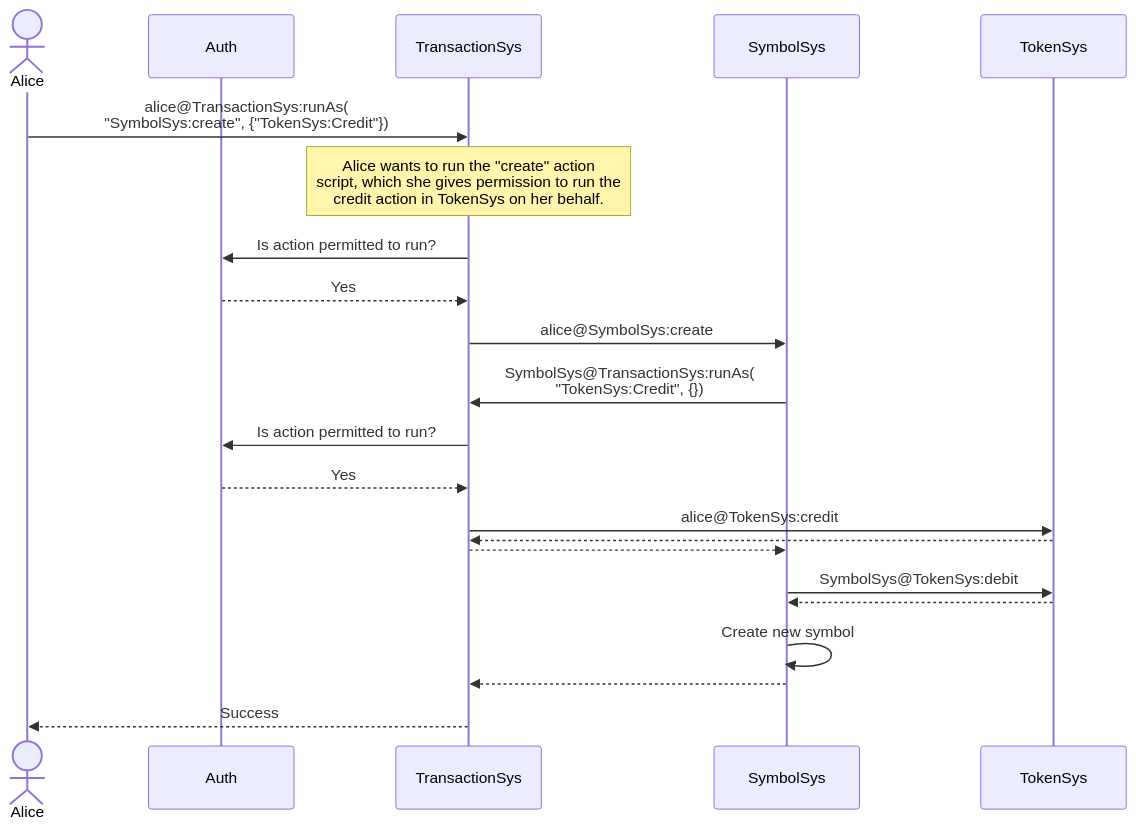
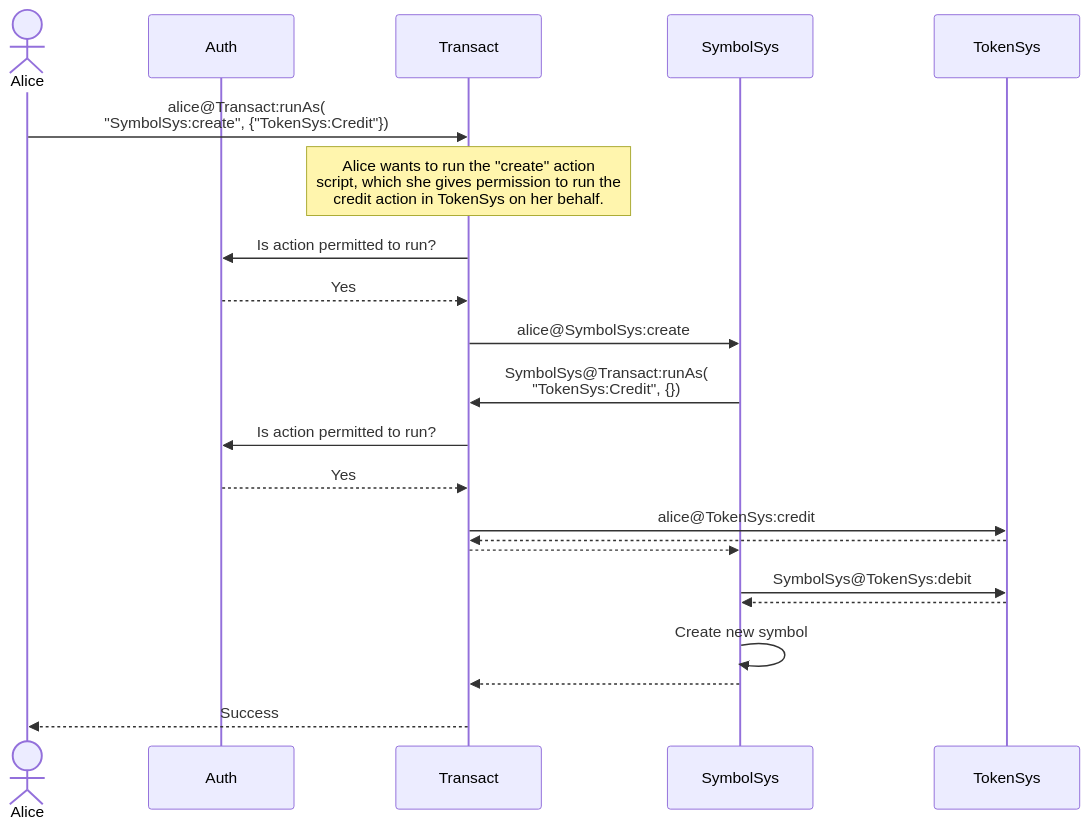
The diagram in doc/diagrams/action-scripts.md (gofractally/psibase), drawn with Mermaid before and after one commit. The commit also changed 59 other files, not shown here.

````diff
--- a/doc/diagrams/action-scripts.md
+++ b/doc/diagrams/action-scripts.md
@@ -1,27 +1,27 @@
 ```mermaid
 sequenceDiagram
 
 actor Alice
 participant Auth
-participant TransactionSys
+participant Transact
 participant SymbolSys
 participant TokenSys
 
-Alice->>TransactionSys: alice@TransactionSys:runAs( <br>"SymbolSys:create", {"TokenSys:Credit"}) 
-Note over TransactionSys: Alice wants to run the "create" action<br>script, which she gives permission to run the<br> credit action in TokenSys on her behalf.
-TransactionSys->>Auth: Is action permitted to run?
-Auth-->>TransactionSys: Yes
-TransactionSys->>SymbolSys: alice@SymbolSys:create
-SymbolSys->>TransactionSys: SymbolSys@TransactionSys:runAs(<br>"TokenSys:Credit", {})
-TransactionSys->>Auth: Is action permitted to run?
-Auth-->>TransactionSys: Yes
-TransactionSys->>TokenSys: alice@TokenSys:credit
-TokenSys-->>TransactionSys: 
-TransactionSys-->>SymbolSys: 
+Alice->>Transact: alice@Transact:runAs( <br>"SymbolSys:create", {"TokenSys:Credit"}) 
+Note over Transact: Alice wants to run the "create" action<br>script, which she gives permission to run the<br> credit action in TokenSys on her behalf.
+Transact->>Auth: Is action permitted to run?
+Auth-->>Transact: Yes
+Transact->>SymbolSys: alice@SymbolSys:create
+SymbolSys->>Transact: SymbolSys@Transact:runAs(<br>"TokenSys:Credit", {})
+Transact->>Auth: Is action permitted to run?
+Auth-->>Transact: Yes
+Transact->>TokenSys: alice@TokenSys:credit
+TokenSys-->>Transact: 
+Transact-->>SymbolSys: 
 SymbolSys->>TokenSys: SymbolSys@TokenSys:debit
 TokenSys-->>SymbolSys: 
 SymbolSys->>SymbolSys: Create new symbol
-SymbolSys-->>TransactionSys: 
-TransactionSys-->>Alice: Success
+SymbolSys-->>Transact: 
+Transact-->>Alice: Success
 
 ```
````
